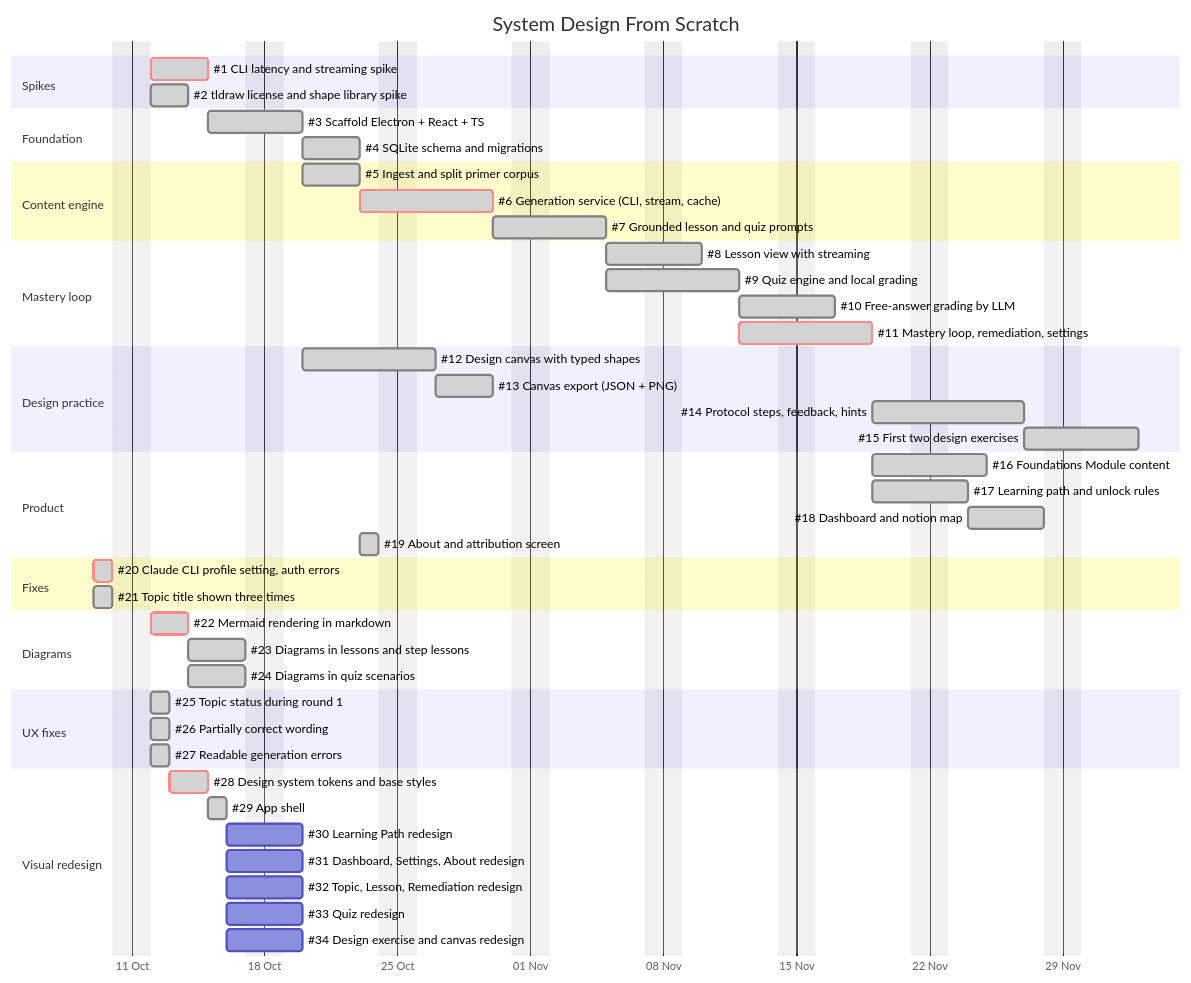
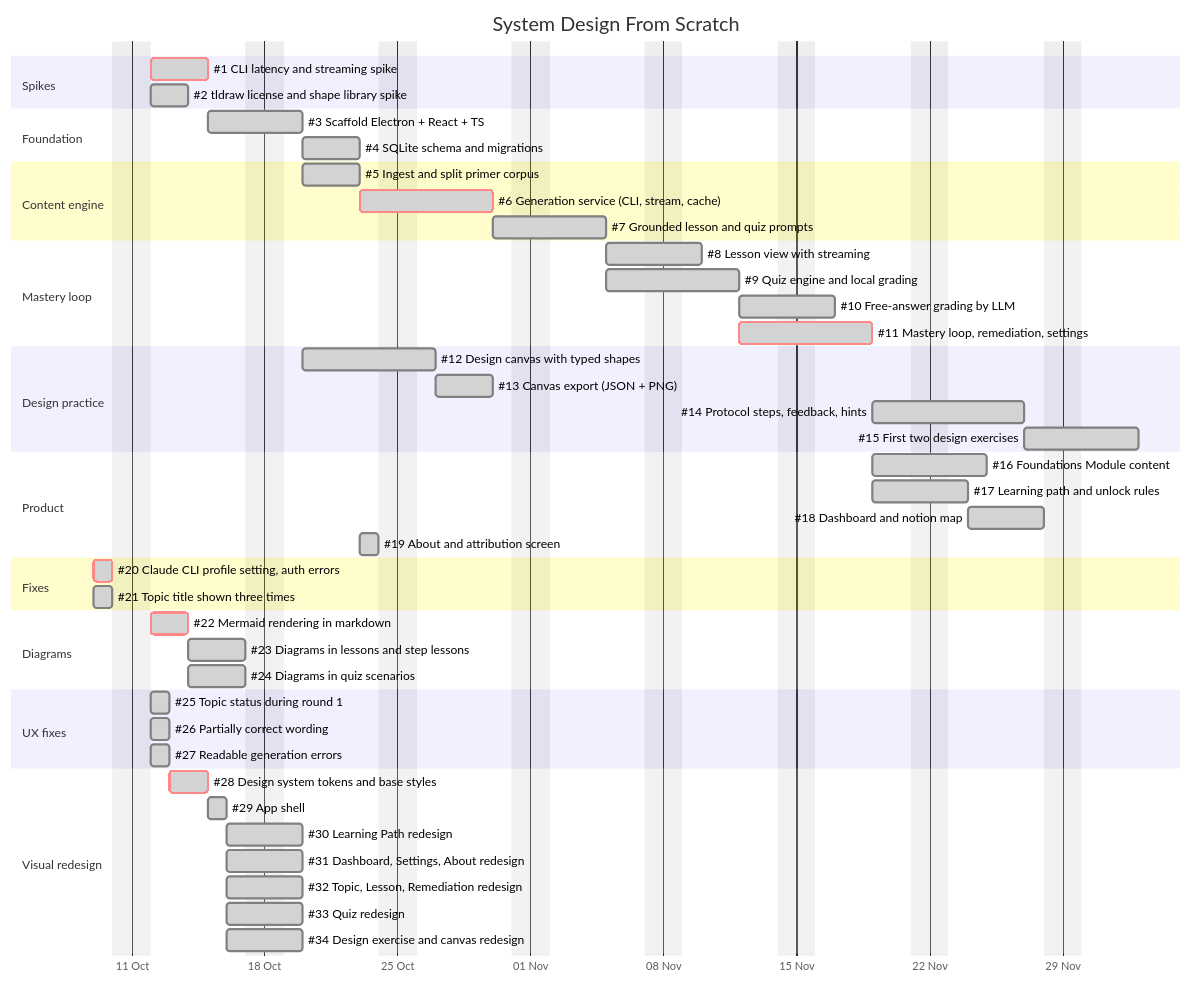
The diagram in docs/ROADMAP.md (jbclaramonte/system-design-from-scratch), drawn with Mermaid before and after one commit. The commit also changed 65 other files, not shown here.

````diff
--- a/docs/ROADMAP.md
+++ b/docs/ROADMAP.md
@@ -13,61 +13,61 @@
 ```mermaid
 gantt
     title System Design From Scratch
     dateFormat YYYY-MM-DD
     excludes weekends
     axisFormat %d %b
 
     section Spikes
     #1 CLI latency and streaming spike        :done, crit, s1, 2026-10-12, 3d
     #2 tldraw license and shape library spike :done, s2, 2026-10-12, 2d
 
     section Foundation
     #3 Scaffold Electron + React + TS         :done, f1, after s1, 3d
     #4 SQLite schema and migrations           :done, f2, after f1, 3d
 
     section Content engine
     #5 Ingest and split primer corpus         :done, c1, after f1, 3d
     #6 Generation service (CLI, stream, cache):done, crit, c2, after f2, 5d
     #7 Grounded lesson and quiz prompts       :done, c3, after c1 c2, 4d
 
     section Mastery loop
     #8 Lesson view with streaming             :done, m1, after c3, 3d
     #9 Quiz engine and local grading          :done, m2, after c3, 5d
     #10 Free-answer grading by LLM            :done, m3, after m2, 3d
     #11 Mastery loop, remediation, settings   :done, crit, m4, after m1 m2, 5d
 
     section Design practice
     #12 Design canvas with typed shapes       :done, d1, after s2 f1, 5d
     #13 Canvas export (JSON + PNG)            :done, d2, after d1, 3d
     #14 Protocol steps, feedback, hints       :done, d3, after d2 m4, 6d
     #15 First two design exercises            :done, d4, after d3, 4d
 
     section Product
     #16 Foundations Module content            :done, p1, after m4, 4d
     #17 Learning path and unlock rules        :done, p2, after m4, 3d
     #18 Dashboard and notion map              :done, p3, after p2, 4d
     #19 About and attribution screen          :done, p4, after c1, 1d
 
     section Fixes
     #20 Claude CLI profile setting, auth errors :done, crit, x1, 2026-10-09, 1d
     #21 Topic title shown three times         :done, x2, 2026-10-09, 1d
 
     section Diagrams
     #22 Mermaid rendering in markdown         :done, crit, g1, 2026-10-12, 2d
     #23 Diagrams in lessons and step lessons  :done, g2, after g1, 3d
     #24 Diagrams in quiz scenarios            :done, g3, after g1, 3d
 
     section UX fixes
     #25 Topic status during round 1           :done, u1, 2026-10-12, 1d
     #26 Partially correct wording             :done, u2, 2026-10-12, 1d
     #27 Readable generation errors            :done, u3, 2026-10-12, 1d
 
     section Visual redesign
     #28 Design system tokens and base styles  :done, crit, v1, 2026-10-13, 2d
     #29 App shell                             :done, v2, after v1, 1d
-    #30 Learning Path redesign                :v3, after v2, 2d
-    #31 Dashboard, Settings, About redesign   :v4, after v2, 2d
-    #32 Topic, Lesson, Remediation redesign   :v5, after v2, 2d
-    #33 Quiz redesign                         :v6, after v2, 2d
-    #34 Design exercise and canvas redesign   :v7, after v2, 2d
+    #30 Learning Path redesign                :done, v3, after v2, 2d
+    #31 Dashboard, Settings, About redesign   :done, v4, after v2, 2d
+    #32 Topic, Lesson, Remediation redesign   :done, v5, after v2, 2d
+    #33 Quiz redesign                         :done, v6, after v2, 2d
+    #34 Design exercise and canvas redesign   :done, v7, after v2, 2d
 ```
````
